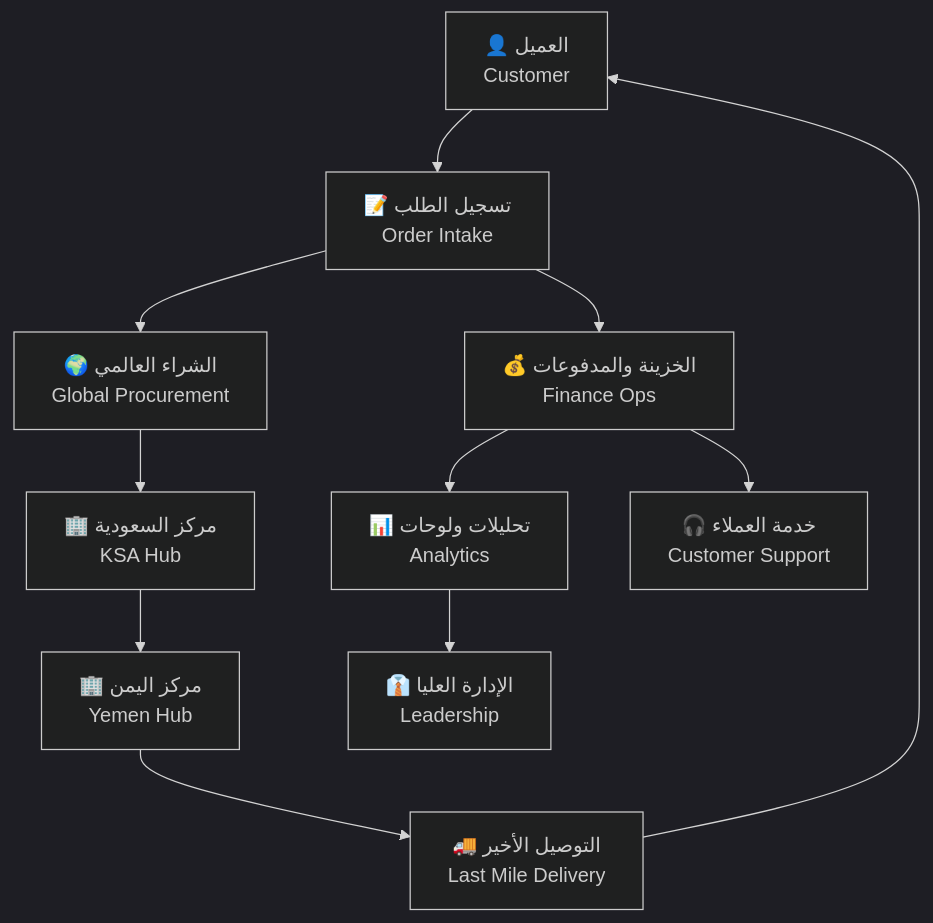
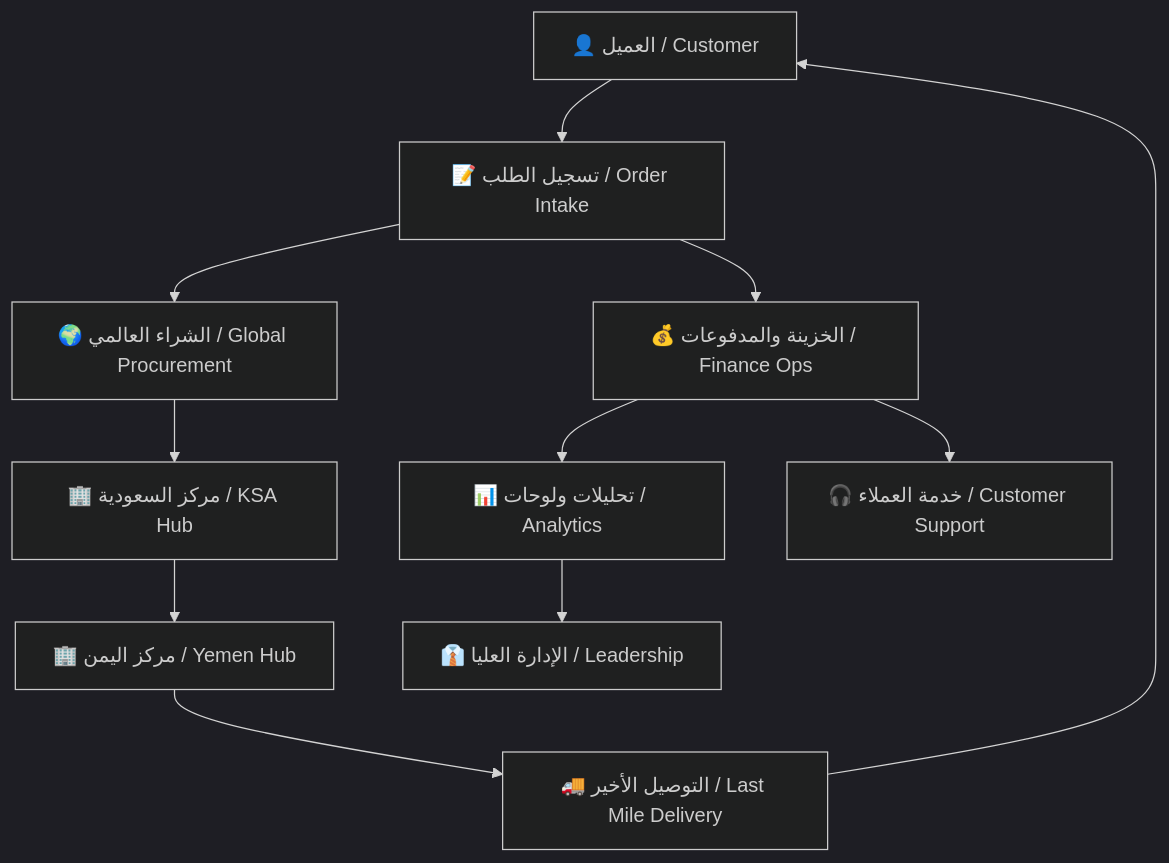
One commit to Ash69g/Documentation-Study changed the first of 5 diagrams in docs/01-vision/01-vision.md. Above: the diagram before and after it, drawn with Mermaid (dark theme). The commit also changed other lines of this file and 15 other files, not shown here.

````diff
--- a/docs/01-vision/01-vision.md
+++ b/docs/01-vision/01-vision.md
@@ -38,13 +28,13 @@
 ```mermaid
 flowchart TD
-  Customer["👤 العميل\nCustomer"] --> Intake["📝 تسجيل الطلب\nOrder Intake"]
-  Intake --> Procurement["🌍 الشراء العالمي\nGlobal Procurement"]
-  Procurement --> HubKSA["🏢 مركز السعودية\nKSA Hub"]
-  HubKSA --> HubYemen["🏢 مركز اليمن\nYemen Hub"]
-  HubYemen --> Delivery["🚚 التوصيل الأخير\nLast Mile Delivery"]
+  Customer["👤 العميل / Customer"] --> Intake["📝 تسجيل الطلب / Order Intake"]
+  Intake --> Procurement["🌍 الشراء العالمي / Global Procurement"]
+  Procurement --> HubKSA["🏢 مركز السعودية / KSA Hub"]
+  HubKSA --> HubYemen["🏢 مركز اليمن / Yemen Hub"]
+  HubYemen --> Delivery["🚚 التوصيل الأخير / Last Mile Delivery"]
   Delivery --> Customer
-  Intake --> Finance["💰 الخزينة والمدفوعات\nFinance Ops"]
-  Finance --> Analytics["📊 تحليلات ولوحات\nAnalytics"]
-  Analytics --> Leadership["👔 الإدارة العليا\nLeadership"]
-  Finance --> Support["🎧 خدمة العملاء\nCustomer Support"]
+  Intake --> Finance["💰 الخزينة والمدفوعات / Finance Ops"]
+  Finance --> Analytics["📊 تحليلات ولوحات / Analytics"]
+  Analytics --> Leadership["👔 الإدارة العليا / Leadership"]
+  Finance --> Support["🎧 خدمة العملاء / Customer Support"]
 ```
````
